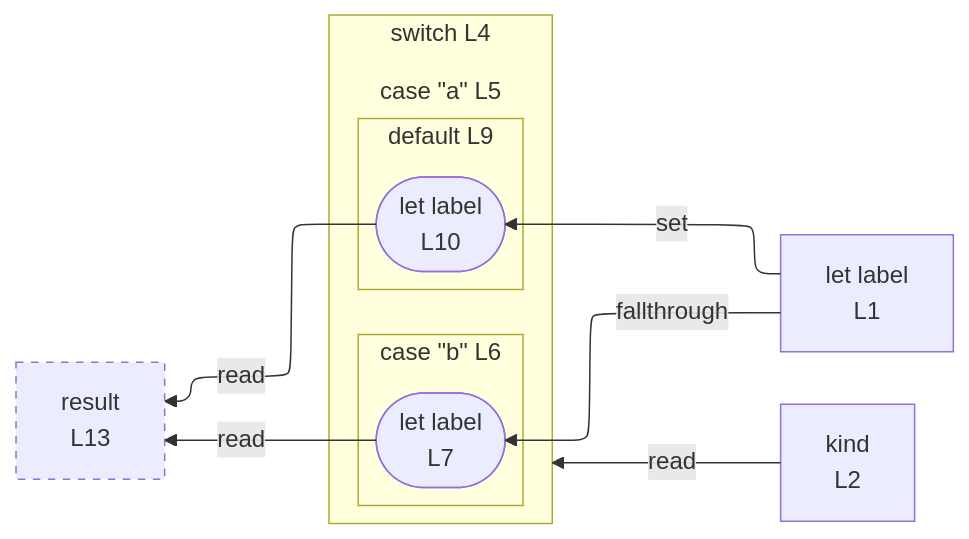
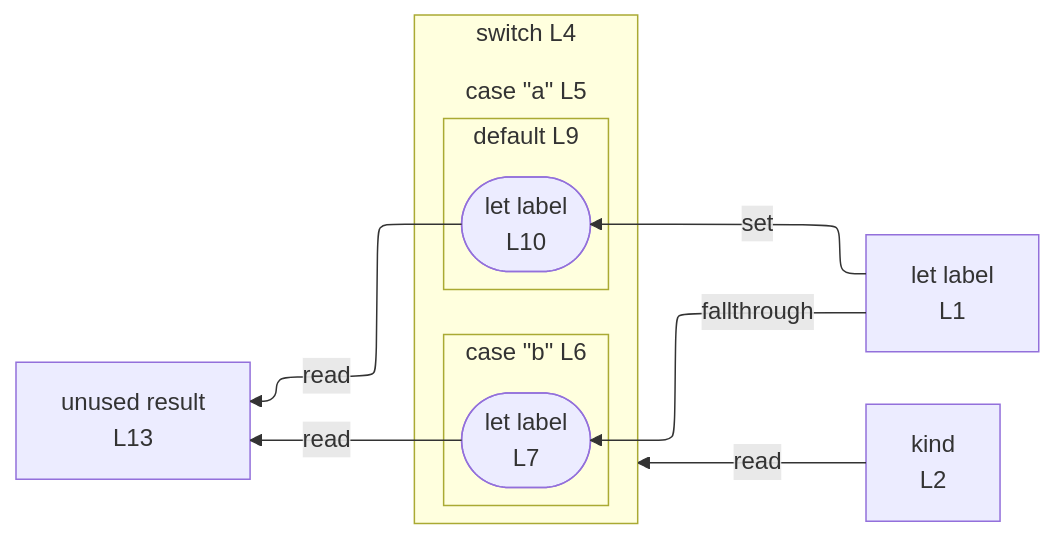
The diagram in integration/fixtures/control-switch-stacked/preview.md (crescware/unsnarl), drawn with Mermaid before and after one commit. The commit also changed 75 other files, not shown here.

````diff
--- a/integration/fixtures/control-switch-stacked/preview.md
+++ b/integration/fixtures/control-switch-stacked/preview.md
@@ -23,28 +23,26 @@
 ```mermaid
 %%{init: {"flowchart": {"defaultRenderer": "elk"}}}%%
 flowchart RL
   n_scope_0_label_4["let label<br/>L1"]
   n_scope_0_kind_22["kind<br/>L2"]
-  n_scope_0_result_145["result<br/>L13"]
+  n_scope_0_result_145["unused result<br/>L13"]
   subgraph s_scope_1["switch L4"]
     direction RL
     subgraph s_scope_2["case &quot;a&quot; L5"]
       direction RL
     end
     subgraph s_scope_3["case &quot;b&quot; L6"]
       direction RL
       wr_ref_1(["let label<br/>L7"])
     end
     subgraph s_scope_4["default L9"]
       direction RL
       wr_ref_2(["let label<br/>L10"])
     end
   end
   n_scope_0_label_4 -->|fallthrough| wr_ref_1
   n_scope_0_label_4 -->|set| wr_ref_2
   n_scope_0_kind_22 -->|read| s_scope_1
   wr_ref_1 -->|read| n_scope_0_result_145
   wr_ref_2 -->|read| n_scope_0_result_145
-  classDef unused stroke-dasharray: 5 5;
-  class n_scope_0_result_145 unused;
 ```
````
